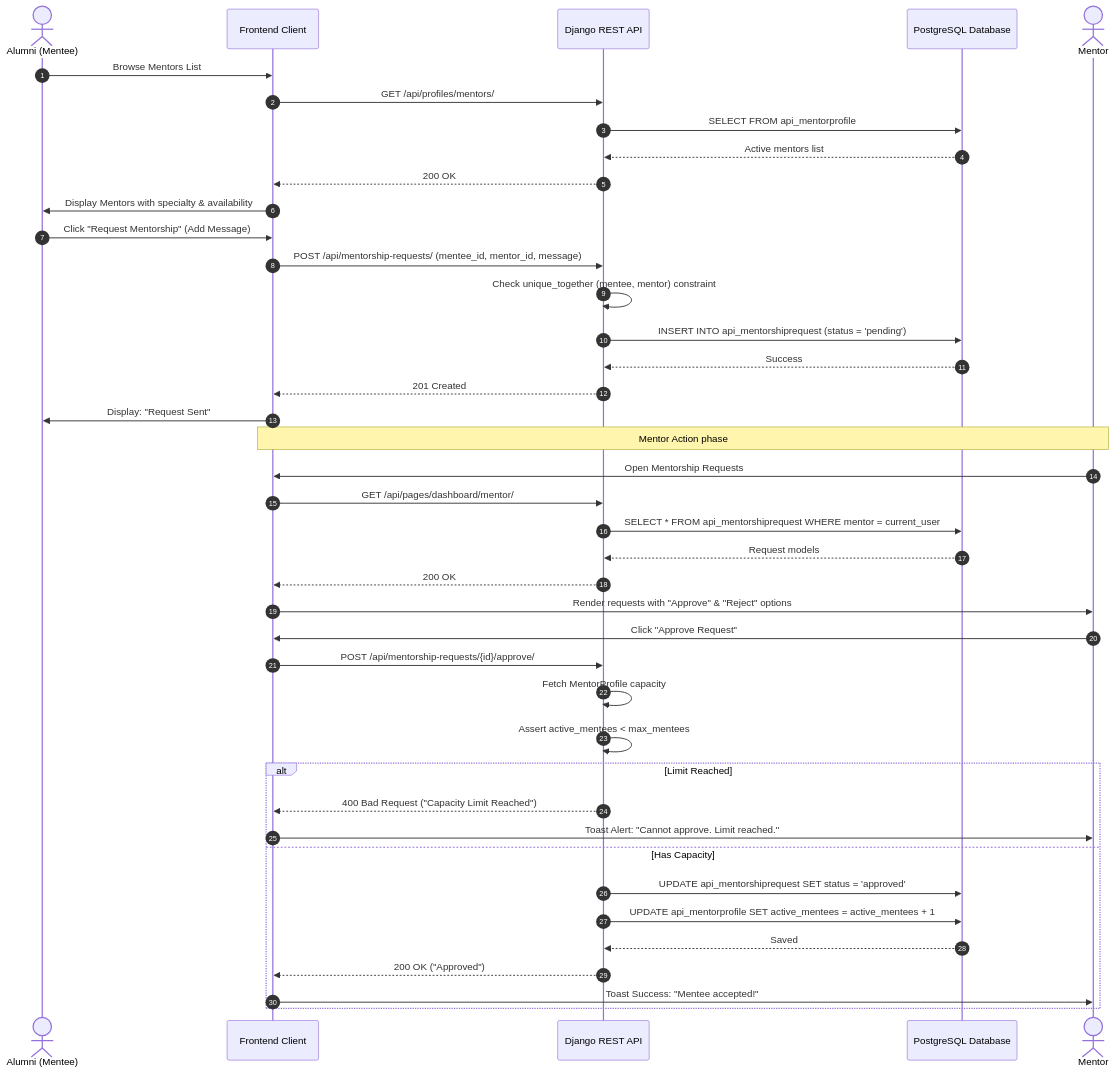
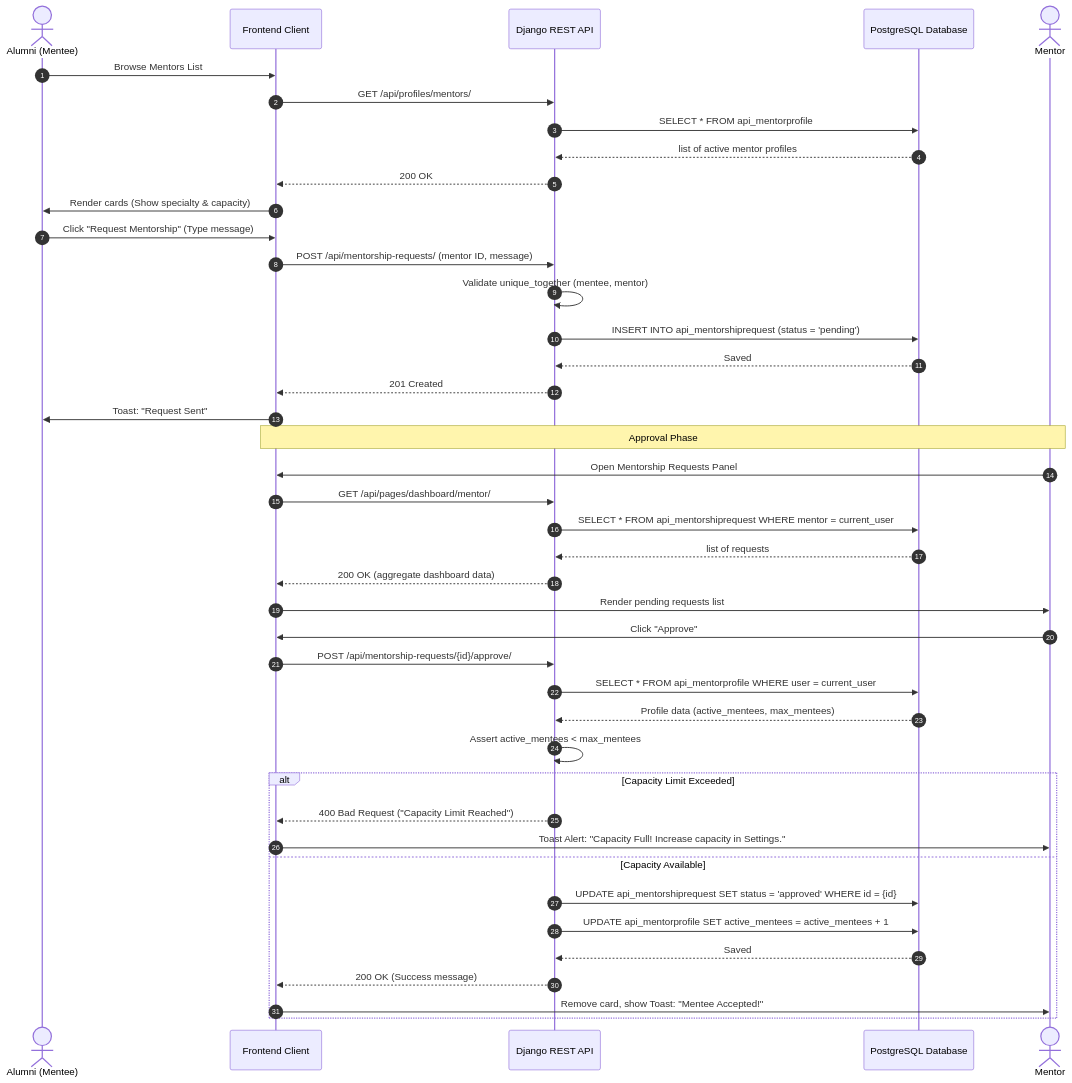
One commit to kulkarnishub377/Alumni_Management_portal changed the second of 5 diagrams in docs/PROCESS_FLOWS.md. Above: the diagram before and after it, drawn with Mermaid. The commit also changed other lines of this file and 1 other file, not shown here.

````diff
--- a/docs/PROCESS_FLOWS.md
+++ b/docs/PROCESS_FLOWS.md
@@ -52,46 +62,47 @@
 ```mermaid
 sequenceDiagram
     autonumber
     actor Alumni as Alumni (Mentee)
     participant FE as Frontend Client
     participant API as Django REST API
     participant DB as PostgreSQL Database
     actor Mentor as Mentor
 
     Alumni->>FE: Browse Mentors List
     FE->>API: GET /api/profiles/mentors/
-    API->>DB: SELECT FROM api_mentorprofile
-    DB-->>API: Active mentors list
+    API->>DB: SELECT * FROM api_mentorprofile
+    DB-->>API: list of active mentor profiles
     API-->>FE: 200 OK
-    FE->>Alumni: Display Mentors with specialty & availability
-    Alumni->>FE: Click "Request Mentorship" (Add Message)
-    FE->>API: POST /api/mentorship-requests/ (mentee_id, mentor_id, message)
-    API->>API: Check unique_together (mentee, mentor) constraint
+    FE->>Alumni: Render cards (Show specialty & capacity)
+    Alumni->>FE: Click "Request Mentorship" (Type message)
+    FE->>API: POST /api/mentorship-requests/ (mentor ID, message)
+    API->>API: Validate unique_together (mentee, mentor)
     API->>DB: INSERT INTO api_mentorshiprequest (status = 'pending')
-    DB-->>API: Success
+    DB-->>API: Saved
     API-->>FE: 201 Created
-    FE->>Alumni: Display: "Request Sent"
+    FE->>Alumni: Toast: "Request Sent"
 
-    Note over FE, Mentor: Mentor Action phase
-
-    Mentor->>FE: Open Mentorship Requests
+    Note over FE, Mentor: Approval Phase
+    
+    Mentor->>FE: Open Mentorship Requests Panel
     FE->>API: GET /api/pages/dashboard/mentor/
     API->>DB: SELECT * FROM api_mentorshiprequest WHERE mentor = current_user
-    DB-->>API: Request models
-    API-->>FE: 200 OK
-    FE->>Mentor: Render requests with "Approve" & "Reject" options
-    Mentor->>FE: Click "Approve Request"
+    DB-->>API: list of requests
+    API-->>FE: 200 OK (aggregate dashboard data)
+    FE->>Mentor: Render pending requests list
+    Mentor->>FE: Click "Approve"
     FE->>API: POST /api/mentorship-requests/{id}/approve/
-    API->>API: Fetch MentorProfile capacity
+    API->>DB: SELECT * FROM api_mentorprofile WHERE user = current_user
+    DB-->>API: Profile data (active_mentees, max_mentees)
     API->>API: Assert active_mentees < max_mentees
-    alt Limit Reached
+    alt Capacity Limit Exceeded
         API-->>FE: 400 Bad Request ("Capacity Limit Reached")
-        FE->>Mentor: Toast Alert: "Cannot approve. Limit reached."
-    else Has Capacity
-        API->>DB: UPDATE api_mentorshiprequest SET status = 'approved'
+        FE->>Mentor: Toast Alert: "Capacity Full! Increase capacity in Settings."
+    else Capacity Available
+        API->>DB: UPDATE api_mentorshiprequest SET status = 'approved' WHERE id = {id}
         API->>DB: UPDATE api_mentorprofile SET active_mentees = active_mentees + 1
         DB-->>API: Saved
-        API-->>FE: 200 OK ("Approved")
-        FE->>Mentor: Toast Success: "Mentee accepted!"
+        API-->>FE: 200 OK (Success message)
+        FE->>Mentor: Remove card, show Toast: "Mentee Accepted!"
     end
 ```
````
